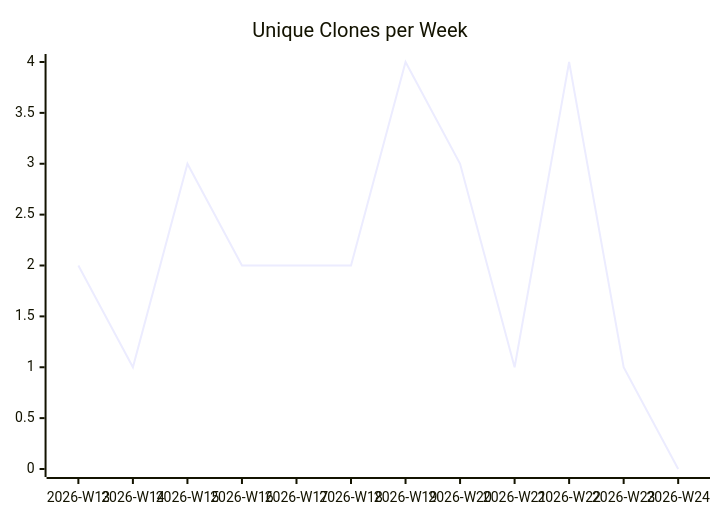
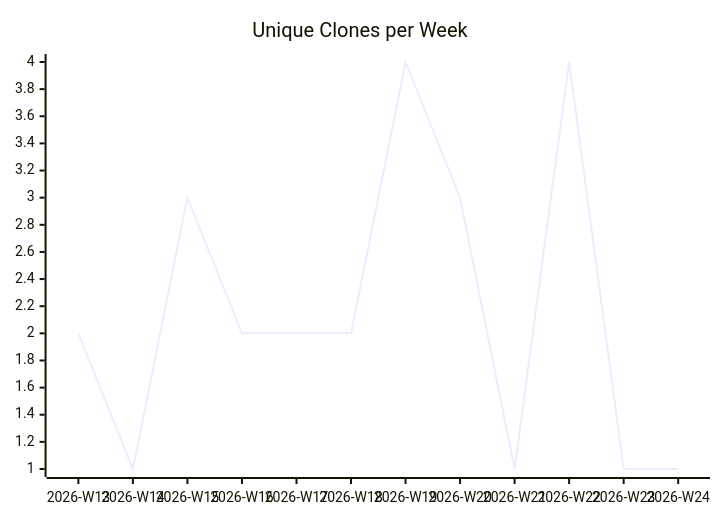
One commit to justdavis-family/github-analytics-data changed the third of 3 diagrams in karlmdavis/kobjects/README.md. Above: the diagram before and after it, drawn with Mermaid. The commit also changed other lines of this file and 194 other files, not shown here.

````diff
--- a/karlmdavis/kobjects/README.md
+++ b/karlmdavis/kobjects/README.md
@@ -19,6 +19,6 @@
 ```mermaid
 xychart-beta
   title "Unique Clones per Week"
   x-axis ["2026-W13", "2026-W14", "2026-W15", "2026-W16", "2026-W17", "2026-W18", "2026-W19", "2026-W20", "2026-W21", "2026-W22", "2026-W23", "2026-W24"]
-  line [2, 1, 3, 2, 2, 2, 4, 3, 1, 4, 1, 0]
+  line [2, 1, 3, 2, 2, 2, 4, 3, 1, 4, 1, 1]
 ```
````
